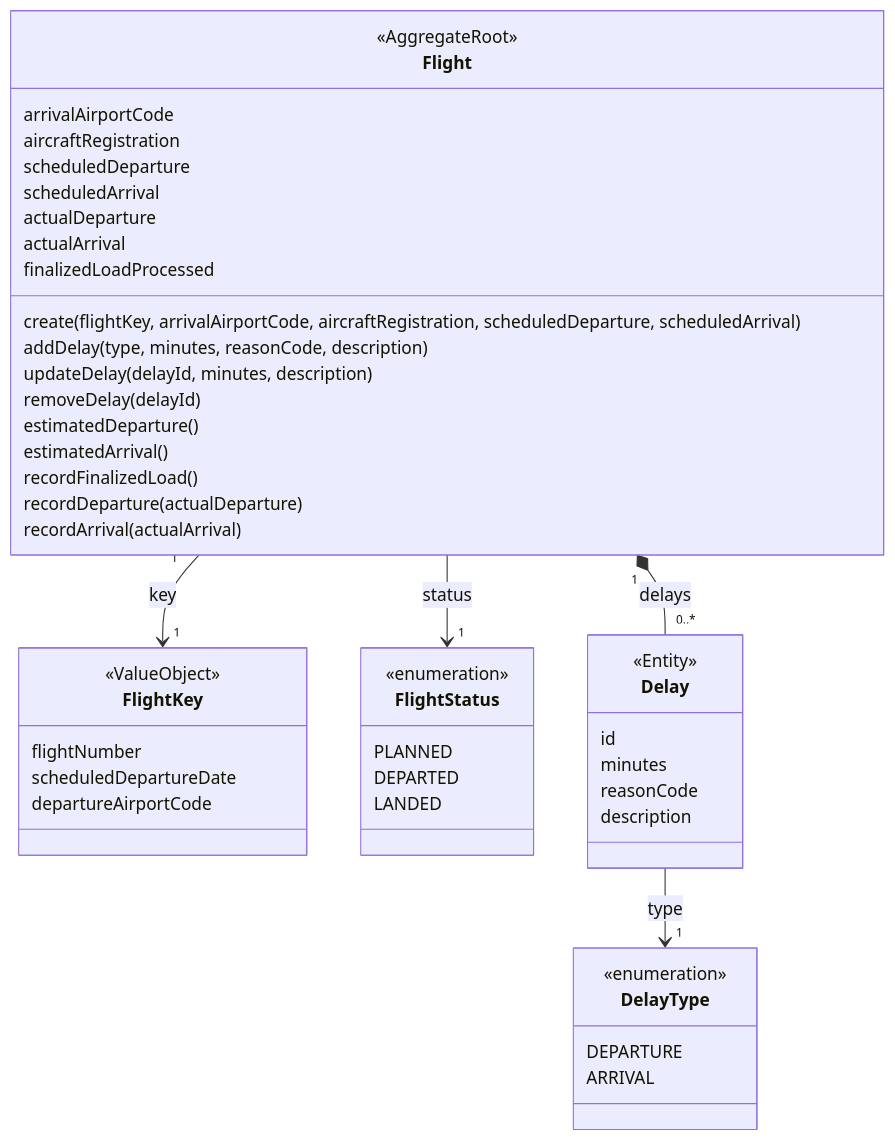
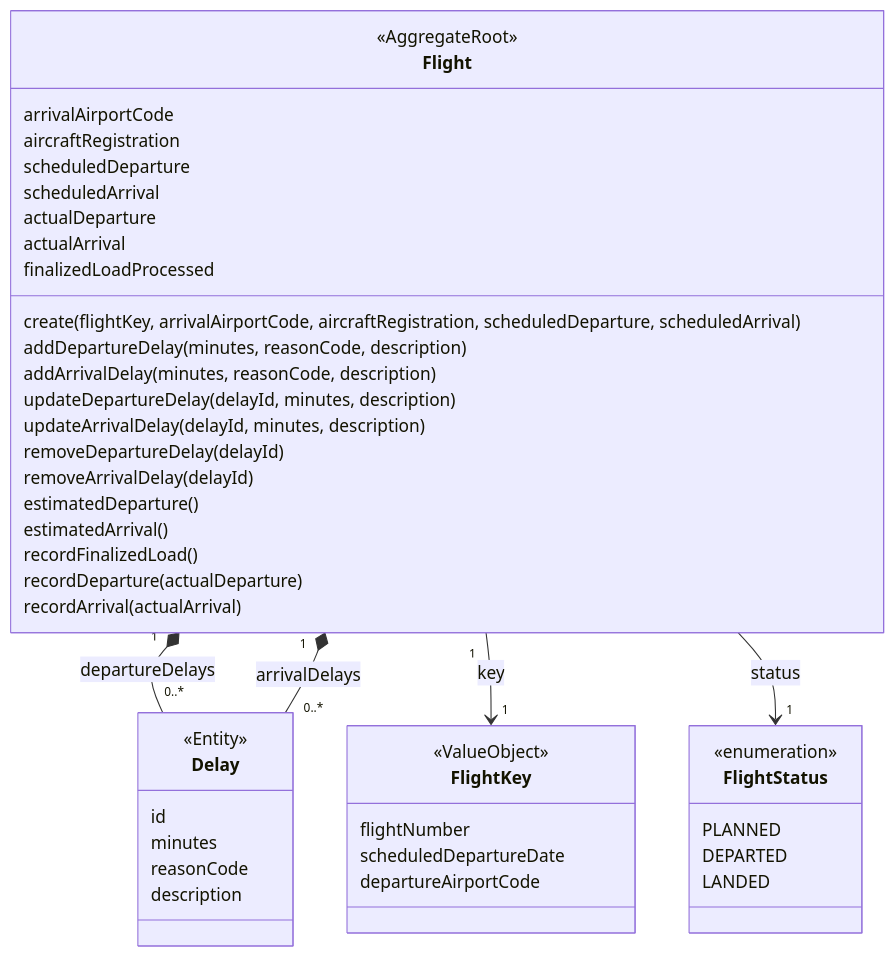
The sixth of 9 diagrams in architecture/analyse.md (ebhd/air-freight-operations), drawn with Mermaid before and after one commit. The commit also changed other lines of this file and 74 other files, not shown here.

First line of the commit message:
refactor: separate flight delays and extract message formatter

````diff
--- a/architecture/analyse.md
+++ b/architecture/analyse.md
@@ -339,60 +348,58 @@
 ```mermaid
 classDiagram
     direction TB
 
     class Flight {
         <<AggregateRoot>>
         arrivalAirportCode
         aircraftRegistration
         scheduledDeparture
         scheduledArrival
         actualDeparture
         actualArrival
         finalizedLoadProcessed
         create(flightKey, arrivalAirportCode, aircraftRegistration, scheduledDeparture, scheduledArrival)
-        addDelay(type, minutes, reasonCode, description)
-        updateDelay(delayId, minutes, description)
-        removeDelay(delayId)
+        addDepartureDelay(minutes, reasonCode, description)
+        addArrivalDelay(minutes, reasonCode, description)
+        updateDepartureDelay(delayId, minutes, description)
+        updateArrivalDelay(delayId, minutes, description)
+        removeDepartureDelay(delayId)
+        removeArrivalDelay(delayId)
         estimatedDeparture()
         estimatedArrival()
         recordFinalizedLoad()
         recordDeparture(actualDeparture)
         recordArrival(actualArrival)
     }
 
     class FlightKey {
         <<ValueObject>>
         flightNumber
         scheduledDepartureDate
         departureAirportCode
     }
 
     class FlightStatus {
         <<enumeration>>
         PLANNED
         DEPARTED
         LANDED
     }
 
     class Delay {
         <<Entity>>
         id
         minutes
         reasonCode
         description
     }
 
-    class DelayType {
-        <<enumeration>>
-        DEPARTURE
-        ARRIVAL
-    }
 
 
 
-    Flight "1" *-- "0..*" Delay : delays
+    Flight "1" *-- "0..*" Delay : departureDelays
+    Flight "1" *-- "0..*" Delay : arrivalDelays
     Flight "1" --> "1" FlightKey : key
     Flight --> "1" FlightStatus : status
-    Delay --> "1" DelayType : type
 
 ```
````
